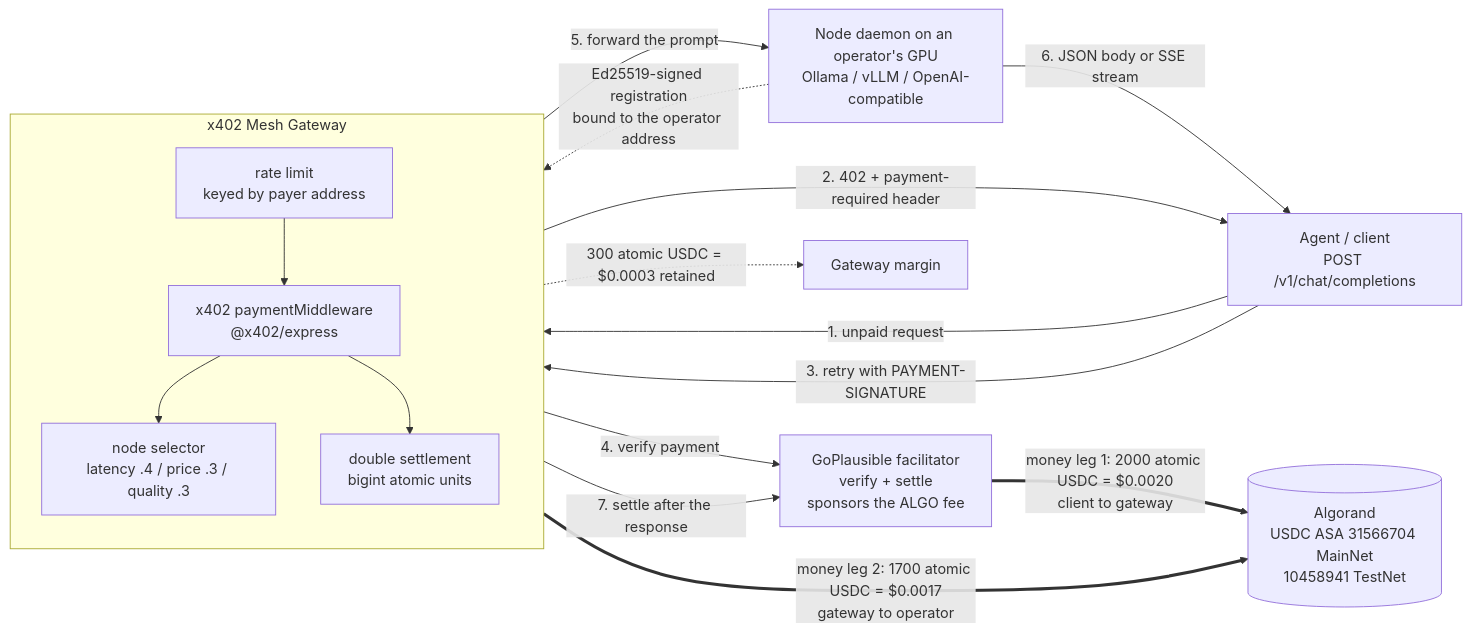
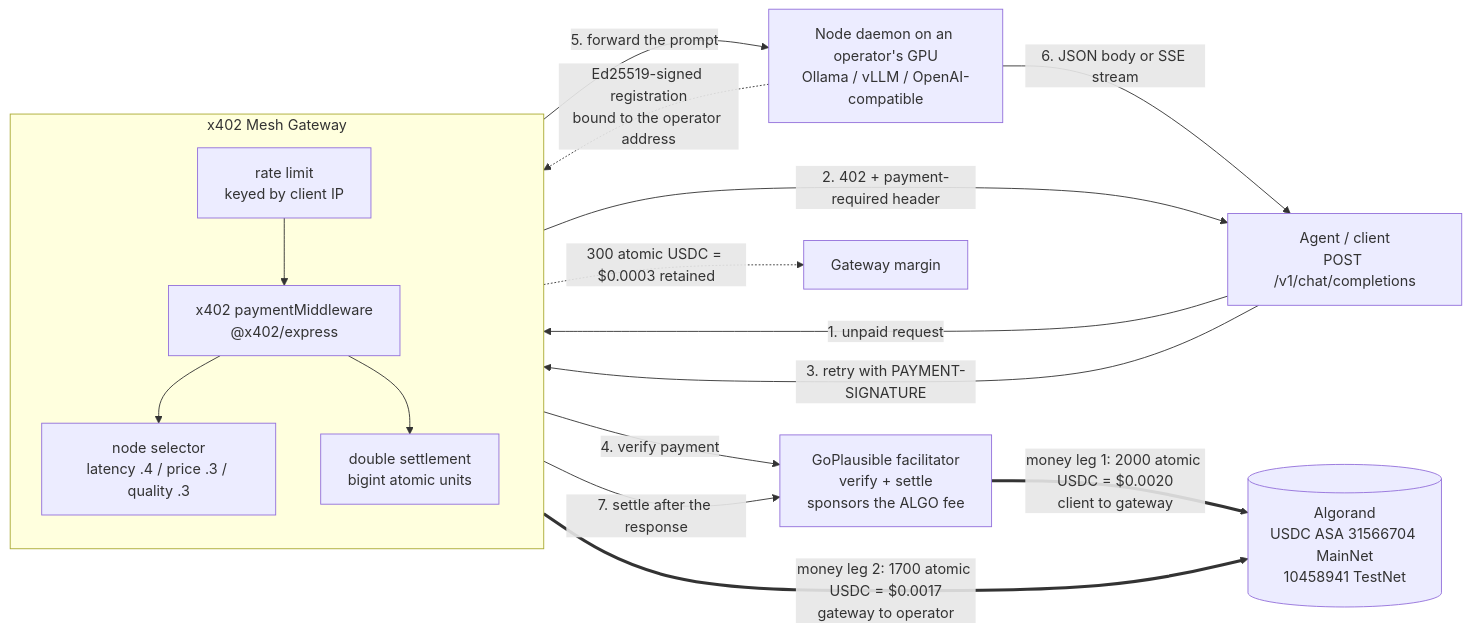
One commit to balogvn/x402-mesh-inference changed the diagram in README.md. Above: the diagram before and after it, drawn with Mermaid. The commit also changed other lines of this file and 3 other files, not shown here.

````diff
--- a/README.md
+++ b/README.md
@@ -41,33 +41,33 @@
 ```mermaid
 flowchart LR
     A["Agent / client<br/>POST /v1/chat/completions"]
 
     subgraph GW["x402 Mesh Gateway"]
         direction TB
-        RL["rate limit<br/>keyed by payer address"]
+        RL["rate limit<br/>keyed by client IP"]
         PW["x402 paymentMiddleware<br/>@x402/express"]
         SEL["node selector<br/>latency .4 / price .3 / quality .3"]
         SET["double settlement<br/>bigint atomic units"]
         RL --> PW --> SEL
         PW --> SET
     end
 
     FAC["GoPlausible facilitator<br/>verify + settle<br/>sponsors the ALGO fee"]
     NODE["Node daemon on an operator's GPU<br/>Ollama / vLLM / OpenAI-compatible"]
     CHAIN[("Algorand<br/>USDC ASA 31566704 MainNet<br/>10458941 TestNet")]
     MARGIN["Gateway margin"]
 
     A -->|"1. unpaid request"| RL
     PW -->|"2. 402 + payment-required header"| A
     A -->|"3. retry with PAYMENT-SIGNATURE"| RL
     PW -->|"4. verify payment"| FAC
     SEL -->|"5. forward the prompt"| NODE
     NODE -->|"6. JSON body or SSE stream"| A
     PW -->|"7. settle after the response"| FAC
 
     FAC ==>|"money leg 1: 2000 atomic USDC = $0.0020<br/>client to gateway"| CHAIN
     SET ==>|"money leg 2: 1700 atomic USDC = $0.0017<br/>gateway to operator"| CHAIN
     SET -.->|"300 atomic USDC = $0.0003 retained"| MARGIN
 
     NODE -.->|"Ed25519-signed registration<br/>bound to the operator address"| GW
 ```
````
